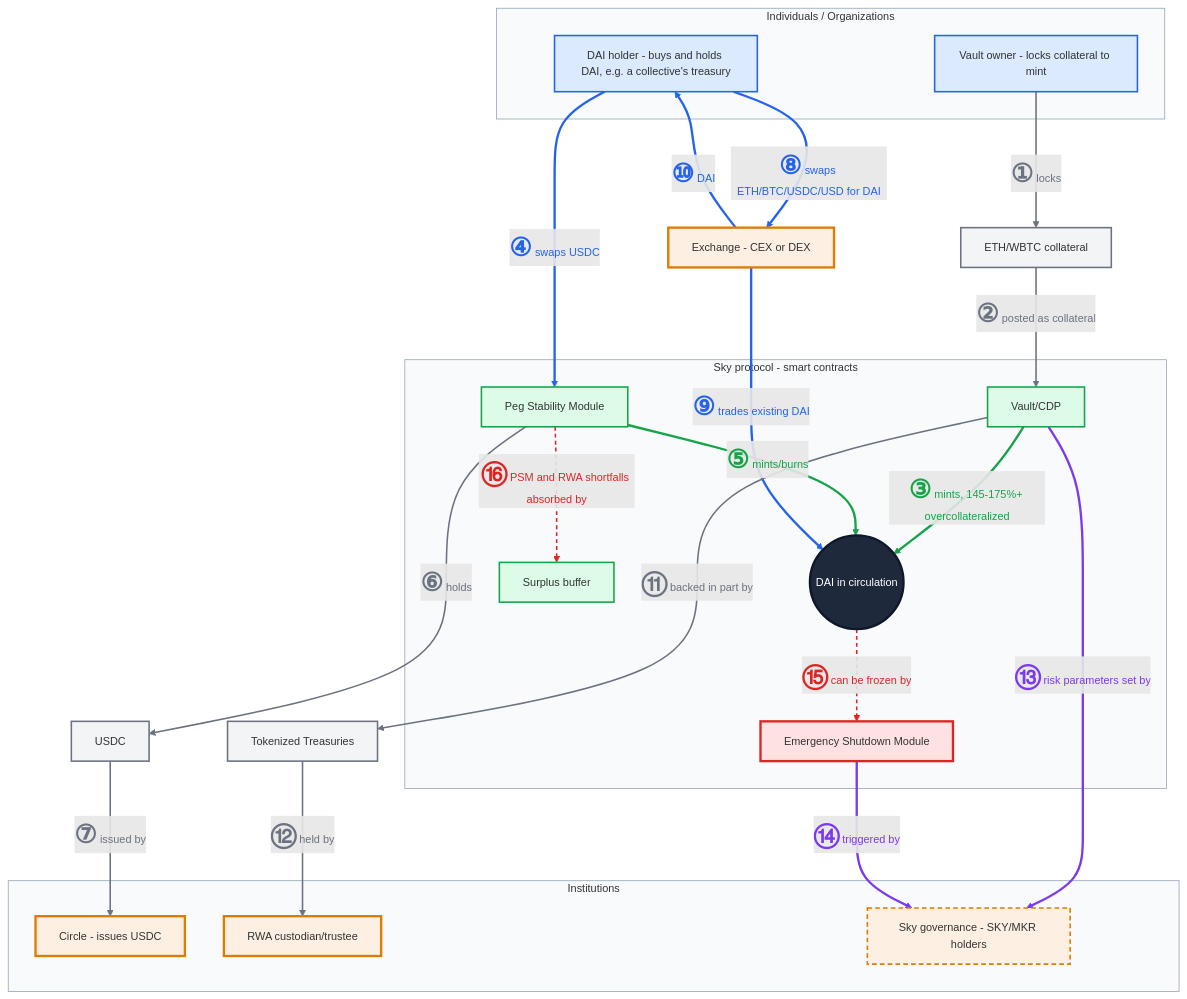
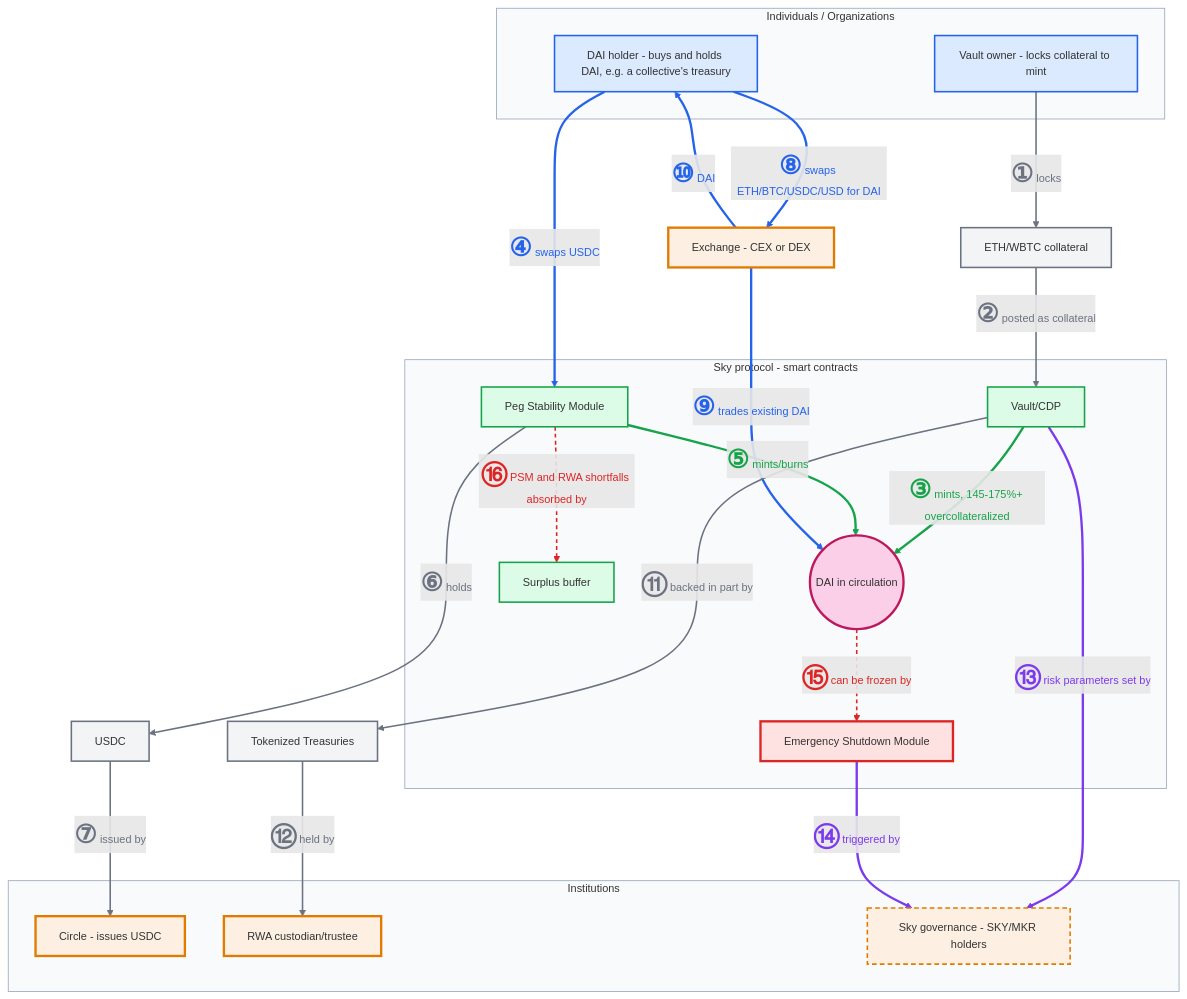
The diagram in governance/diagrams/dai-flows.mmd (doikayt/admin), drawn with Mermaid before and after one commit. The commit also changed 3 other files, not shown here.

```diff
--- a/governance/diagrams/dai-flows.mmd
+++ b/governance/diagrams/dai-flows.mmd
@@ -1,73 +1,73 @@
 %%{init: {"themeVariables": {"fontSize": "14px"}, "flowchart": {"nodeSpacing": 50, "rankSpacing": 70}}}%%
 flowchart TD
     subgraph USERS["Individuals / Organizations"]
         VaultOwner[Vault owner - locks collateral to mint]
         Holder[DAI holder - buys and holds DAI, e.g. a collective's treasury]
     end
 
     Exchange[Exchange - CEX or DEX]
     ETHCollat[ETH/WBTC collateral]
 
     subgraph PROTO["Sky protocol - smart contracts"]
         DAISupply((DAI in circulation))
         PSM[Peg Stability Module]
         Vault[Vault/CDP]
         ESM[Emergency Shutdown Module]
         Buffer[Surplus buffer]
     end
 
     USDC[USDC]
     RWA[Tokenized Treasuries]
 
     subgraph INST["Institutions"]
         Circle[Circle - issues USDC]
         RWACustodian[RWA custodian/trustee]
         Governance[Sky governance - SKY/MKR holders]
     end
 
     VaultOwner -- "<b style='font-size:2.3em'>①</b> locks" --> ETHCollat
     ETHCollat -- "<b style='font-size:2.3em'>②</b> posted as collateral" --> Vault
     Vault -- "<b style='font-size:2.3em'>③</b> mints, 145-175%+ overcollateralized" --> DAISupply
 
     Holder -- "<b style='font-size:2.3em'>④</b> swaps USDC" --> PSM
     PSM -- "<b style='font-size:2.3em'>⑤</b> mints/burns" --> DAISupply
     PSM -- "<b style='font-size:2.3em'>⑥</b> holds" --> USDC
     USDC -- "<b style='font-size:2.3em'>⑦</b> issued by" --> Circle
 
     Holder -- "<b style='font-size:2.3em'>⑧</b> swaps ETH/BTC/USDC/USD for DAI" --> Exchange
     Exchange -- "<b style='font-size:2.3em'>⑨</b> trades existing DAI" --> DAISupply
     Exchange -- "<b style='font-size:2.3em'>⑩</b> DAI" --> Holder
 
     Vault -- "<b style='font-size:2.3em'>⑪</b> backed in part by" --> RWA
     RWA -- "<b style='font-size:2.3em'>⑫</b> held by" --> RWACustodian
 
     Vault -- "<b style='font-size:2.3em'>⑬</b> risk parameters set by" --> Governance
     ESM -- "<b style='font-size:2.3em'>⑭</b> triggered by" --> Governance
 
     DAISupply -- "<b style='font-size:2.3em'>⑮</b> can be frozen by" --> ESM
     PSM -.->|"<b style='font-size:2.3em'>⑯</b> PSM and RWA shortfalls absorbed by"| Buffer
 
     classDef user fill:#dbeafe,stroke:#2563eb,stroke-width:2px
     classDef code fill:#dcfce7,stroke:#16a34a,stroke-width:2px
     classDef asset fill:#f3f4f6,stroke:#6b7280,stroke-width:2px
-    classDef token fill:#1e293b,stroke:#0f172a,stroke-width:3px,color:#ffffff
+    classDef token fill:#fbcfe8,stroke:#be185d,stroke-width:3px
     classDef cutoff fill:#fdf0e3,stroke:#e07b00,stroke-width:3px
     classDef legal fill:#fdf0e3,stroke:#e07b00,stroke-width:2px,stroke-dasharray:6 4
     classDef breaker fill:#fee2e2,stroke:#dc2626,stroke-width:3px
     class VaultOwner,Holder user
     class Vault,PSM,Buffer code
     class ETHCollat,USDC,RWA asset
     class DAISupply token
     class Circle,RWACustodian,Exchange cutoff
     class Governance legal
     class ESM breaker
 
     style USERS fill:#f8fafc,stroke:#94a3b8
     style PROTO fill:#f8fafc,stroke:#94a3b8
     style INST fill:#f8fafc,stroke:#94a3b8
 
     linkStyle 2,4 stroke:#16a34a,stroke-width:3px,color:#16a34a
     linkStyle 3,7,8,9 stroke:#2563eb,stroke-width:3px,color:#2563eb
     linkStyle 0,1,5,6,10,11 stroke:#6b7280,stroke-width:2px,color:#6b7280
     linkStyle 12,13 stroke:#7c3aed,stroke-width:3px,color:#7c3aed
     linkStyle 14,15 stroke:#dc2626,stroke-width:2px,stroke-dasharray:5 4,color:#dc2626
```
